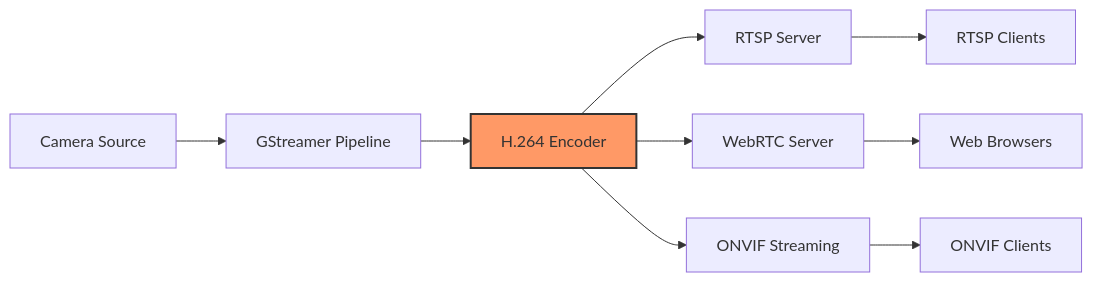
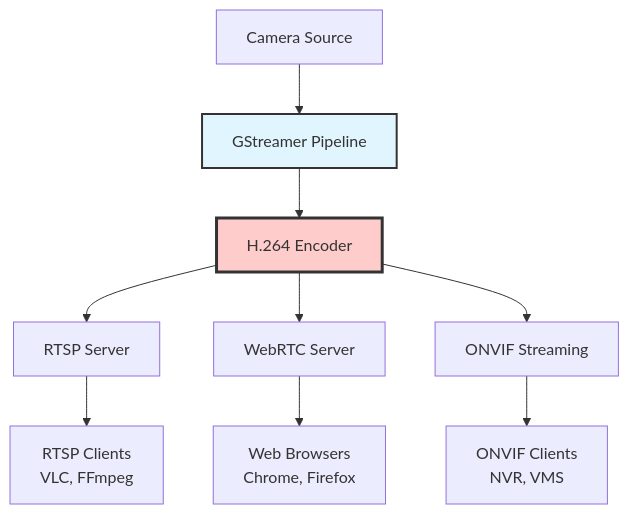
The diagram in docs/camera/streaming.md (JayeshKakkad-Rotoclear/Rotoclear-C-Pro-Docs), drawn with Mermaid before and after one commit. The commit also changed 14 other files, not shown here.

Commit message:
Improve Mermaid diagram formatting for better presentation - Added better spacing, styling, and layout - Enhanced readability with color coding and proper node alignment - Improved subgraph organization - Better decision tree layouts

````diff
--- a/docs/camera/streaming.md
+++ b/docs/camera/streaming.md
@@ -9,14 +9,16 @@
 ```mermaid
-graph LR
+graph TB
     Cam[Camera Source] --> Pipeline[GStreamer Pipeline]
     Pipeline --> Encoder[H.264 Encoder]
+    
     Encoder --> RTSP[RTSP Server]
     Encoder --> WebRTC[WebRTC Server]
     Encoder --> ONVIF[ONVIF Streaming]
     
-    RTSP --> Client1[RTSP Clients]
-    WebRTC --> Client2[Web Browsers]
-    ONVIF --> Client3[ONVIF Clients]
+    RTSP --> Client1[RTSP Clients<br/>VLC, FFmpeg]
+    WebRTC --> Client2[Web Browsers<br/>Chrome, Firefox]
+    ONVIF --> Client3[ONVIF Clients<br/>NVR, VMS]
     
-    style Encoder fill:#f96,stroke:#333,stroke-width:2px
+    style Pipeline fill:#e1f5ff,stroke:#333,stroke-width:2px
+    style Encoder fill:#ffcccc,stroke:#333,stroke-width:3px
 ```
````
